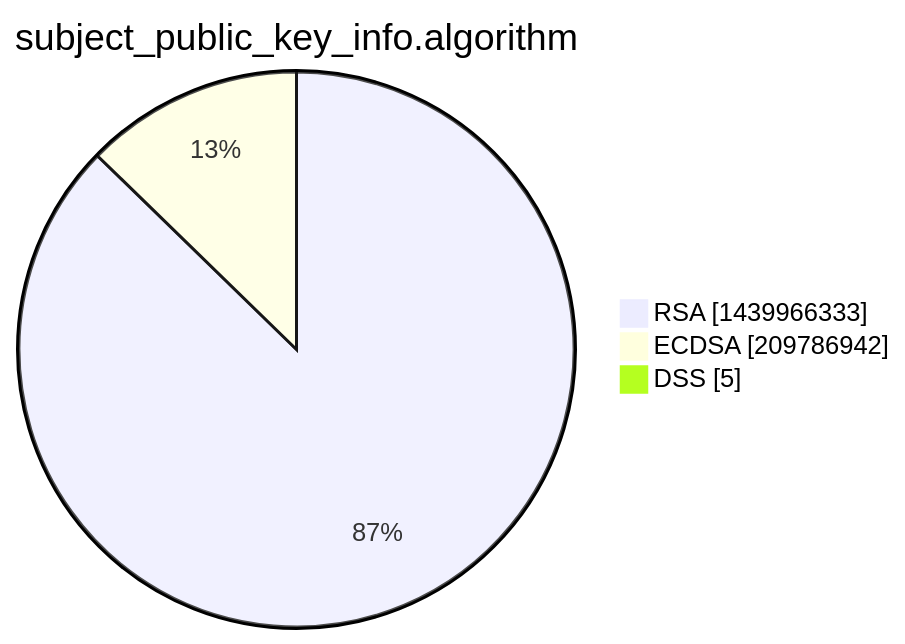
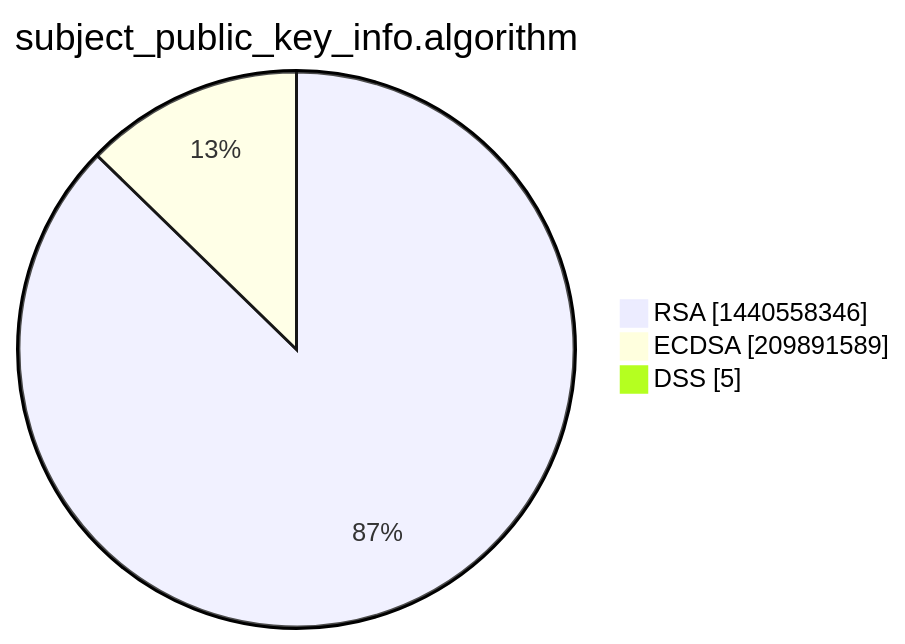
Before and after one commit to christiankrug/ctmonitor_visualization: the third of 15 diagrams in xenon2022/README.md, drawn with Mermaid. The commit also changed other lines of this file, not shown here.

````diff
--- a/xenon2022/README.md
+++ b/xenon2022/README.md
@@ -14,7 +14,7 @@
 ```mermaid
 pie showData
 title subject_public_key_info.algorithm
-"RSA" :1439966333
-"ECDSA" :209786942
+"RSA" :1440558346
+"ECDSA" :209891589
 "DSS" :5
 ```
````
